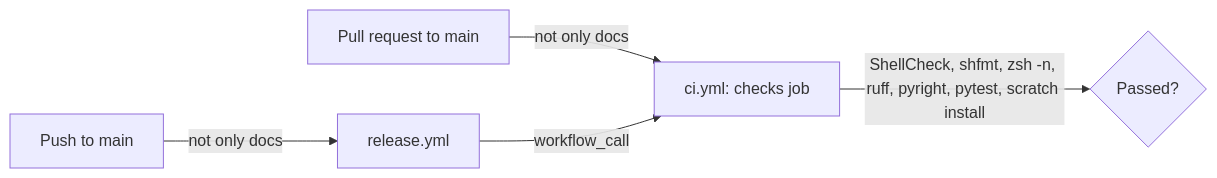
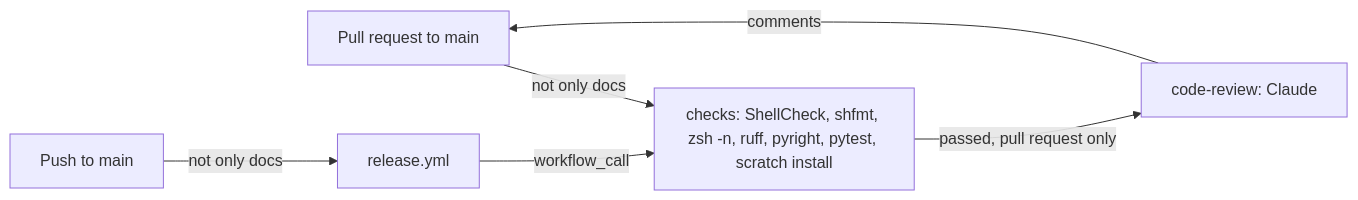
The diagram in docs/ci.md (froazin/dotfiles), drawn with Mermaid before and after one commit. The commit also changed other lines of this file and 6 other files, not shown here.

First line of the commit message:
ci: Review pull requests with Claude after the checks pass

````diff
--- a/docs/ci.md
+++ b/docs/ci.md
@@ -18,9 +20,10 @@
 ```mermaid
 flowchart LR
-    accTitle: What starts the CI workflow
-    accDescr: A pull request to main that changes more than docs starts the CI workflow directly. A push to main that changes more than docs starts the release workflow, which calls the CI workflow before it works out a version. The CI workflow's checks job runs the checks from CLAUDE.md and a scratch install.
-    pr["Pull request to main"] -->|"not only docs"| ci["ci.yml: checks job"]
+    accTitle: The jobs in the CI workflow
+    accDescr: A pull request to main that changes more than docs starts the CI workflow directly. A push to main that changes more than docs starts the release workflow, which calls the CI workflow. The checks job runs the checks from CLAUDE.md and a scratch install. On a pull request only, when the checks pass, the code-review job runs Claude, which comments on the pull request.
+    pr["Pull request to main"] -->|"not only docs"| checks["checks: ShellCheck, shfmt, zsh -n, ruff, pyright, pytest, scratch install"]
     push["Push to main"] -->|"not only docs"| release["release.yml"]
-    release -->|"workflow_call"| ci
-    ci -->|"ShellCheck, shfmt, zsh -n, ruff, pyright, pytest, scratch install"| result{"Passed?"}
+    release -->|"workflow_call"| checks
+    checks -->|"passed, pull request only"| review["code-review: Claude"]
+    review -->|comments| pr
 ```
````
